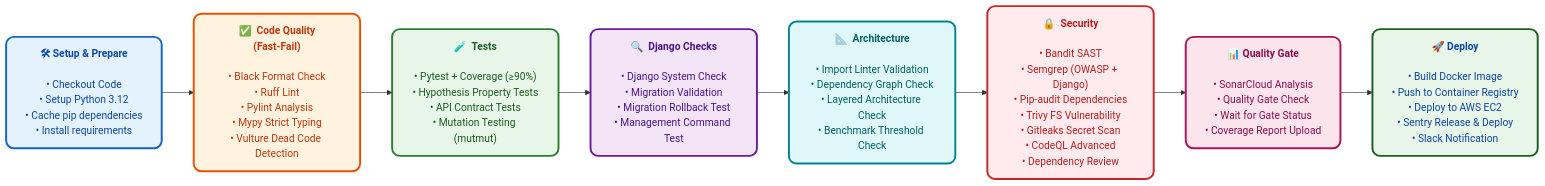
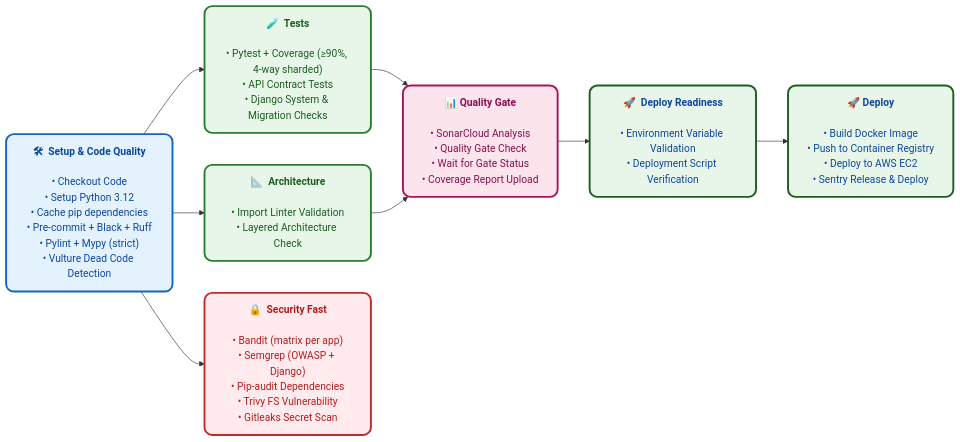
Before and after one commit to sbairagi/RentSecureBE: the first of 5 diagrams in docs/ci-cd-pipeline.md, drawn with Mermaid. The commit also changed other lines of this file and 28 other files, not shown here.

````diff
--- a/docs/ci-cd-pipeline.md
+++ b/docs/ci-cd-pipeline.md
@@ -11,42 +11,43 @@
 ```mermaid
 flowchart LR
     %% ─── Node Definitions ──────────────────────────────────────────────────────
 
-    S1["<b>🛠  Setup & Prepare</b><br/><br/>• Checkout Code<br/>• Setup Python 3.12<br/>• Cache pip dependencies<br/>• Install requirements"]
+    S1["<b>🛠  Setup & Code Quality</b><br/><br/>• Checkout Code<br/>• Setup Python 3.12<br/>• Cache pip dependencies<br/>• Pre-commit + Black + Ruff<br/>• Pylint + Mypy (strict)<br/>• Vulture Dead Code Detection"]
 
-    S2["<b>✅  Code Quality<br/>(Fast-Fail)</b><br/><br/>• Black Format Check<br/>• Ruff Lint<br/>• Pylint Analysis<br/>• Mypy Strict Typing<br/>• Vulture Dead Code Detection"]
+    S2["<b>🧪  Tests</b><br/><br/>• Pytest + Coverage (≥90%, 4-way sharded)<br/>• API Contract Tests<br/>• Django System & Migration Checks"]
 
-    S3["<b>🧪  Tests</b><br/><br/>• Pytest + Coverage (≥90%)<br/>• Hypothesis Property Tests<br/>• API Contract Tests<br/>• Mutation Testing (mutmut)"]
+    S3["<b>📐  Architecture</b><br/><br/>• Import Linter Validation<br/>• Layered Architecture Check"]
 
-    S4["<b>🔍  Django Checks</b><br/><br/>• Django System Check<br/>• Migration Validation<br/>• Migration Rollback Test<br/>• Management Command Test"]
+    S4["<b>🔒  Security Fast</b><br/><br/>• Bandit (matrix per app)<br/>• Semgrep (OWASP + Django)<br/>• Pip-audit Dependencies<br/>• Trivy FS Vulnerability<br/>• Gitleaks Secret Scan"]
 
-    S5["<b>📐  Architecture</b><br/><br/>• Import Linter Validation<br/>• Dependency Graph Check<br/>• Layered Architecture Check<br/>• Benchmark Threshold Check"]
+    S5["<b>📊  Quality Gate</b><br/><br/>• SonarCloud Analysis<br/>• Quality Gate Check<br/>• Wait for Gate Status<br/>• Coverage Report Upload"]
 
-    S6["<b>🔒  Security</b><br/><br/>• Bandit SAST<br/>• Semgrep (OWASP + Django)<br/>• Pip-audit Dependencies<br/>• Trivy FS Vulnerability<br/>• Gitleaks Secret Scan<br/>• CodeQL Advanced<br/>• Dependency Review"]
+    S6["<b>🚀  Deploy Readiness</b><br/><br/>• Environment Variable Validation<br/>• Deployment Script Verification"]
 
-    S7["<b>📊  Quality Gate</b><br/><br/>• SonarCloud Analysis<br/>• Quality Gate Check<br/>• Wait for Gate Status<br/>• Coverage Report Upload"]
-
-    S8["<b>🚀  Deploy</b><br/><br/>• Build Docker Image<br/>• Push to Container Registry<br/>• Deploy to AWS EC2<br/>• Sentry Release & Deploy<br/>• Slack Notification"]
+    D["<b>🚀  Deploy</b><br/><br/>• Build Docker Image<br/>• Push to Container Registry<br/>• Deploy to AWS EC2<br/>• Sentry Release & Deploy"]
 
     %% ─── Edges ─────────────────────────────────────────────────────────────────
-    S1 --> S2 --> S3 --> S4 --> S5 --> S6 --> S7 --> S8
+    S1 --> S2
+    S1 --> S3
+    S1 --> S4
+    S2 --> S5
+    S3 --> S5
+    S5 --> S6
+    S6 --> D
 
     %% ─── Styling ───────────────────────────────────────────────────────────────
     classDef setup     fill:#E3F2FD,stroke:#1565C0,stroke-width:3px,color:#0D47A1,rx:12px,ry:12px
     classDef quality   fill:#FFF3E0,stroke:#E65100,stroke-width:3px,color:#BF360C,rx:12px,ry:12px
     classDef test      fill:#E8F5E9,stroke:#2E7D32,stroke-width:3px,color:#1B5E20,rx:12px,ry:12px
-    classDef django    fill:#F3E5F5,stroke:#6A1B9A,stroke-width:3px,color:#4A148C,rx:12px,ry:12px
     classDef arch      fill:#E0F7FA,stroke:#00838F,stroke-width:3px,color:#006064,rx:12px,ry:12px
     classDef security  fill:#FFEBEE,stroke:#C62828,stroke-width:3px,color:#B71C1C,rx:12px,ry:12px
     classDef gate      fill:#FCE4EC,stroke:#AD1457,stroke-width:3px,color:#880E4F,rx:12px,ry:12px
     classDef deploy    fill:#E8F5E9,stroke:#1B5E20,stroke-width:3px,color:#0D47A1,rx:12px,ry:12px
 
     class S1 setup
-    class S2 quality
-    class S3 test
-    class S4 django
-    class S5 arch
-    class S6 security
-    class S7 gate
-    class S8 deploy
+    class S2,S3 test
+    class S4 security
+    class S5 gate
+    class S6 deploy
+    class D deploy
 ```
````
